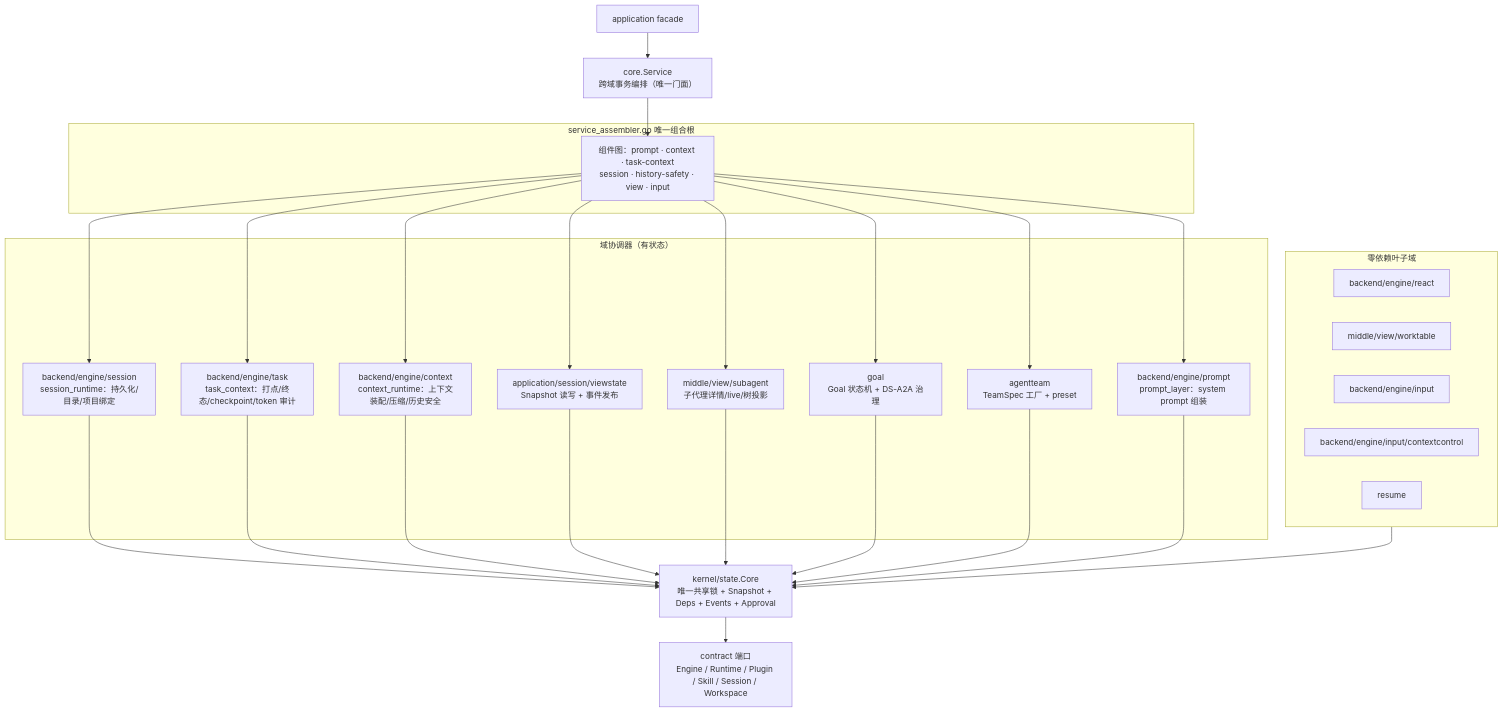
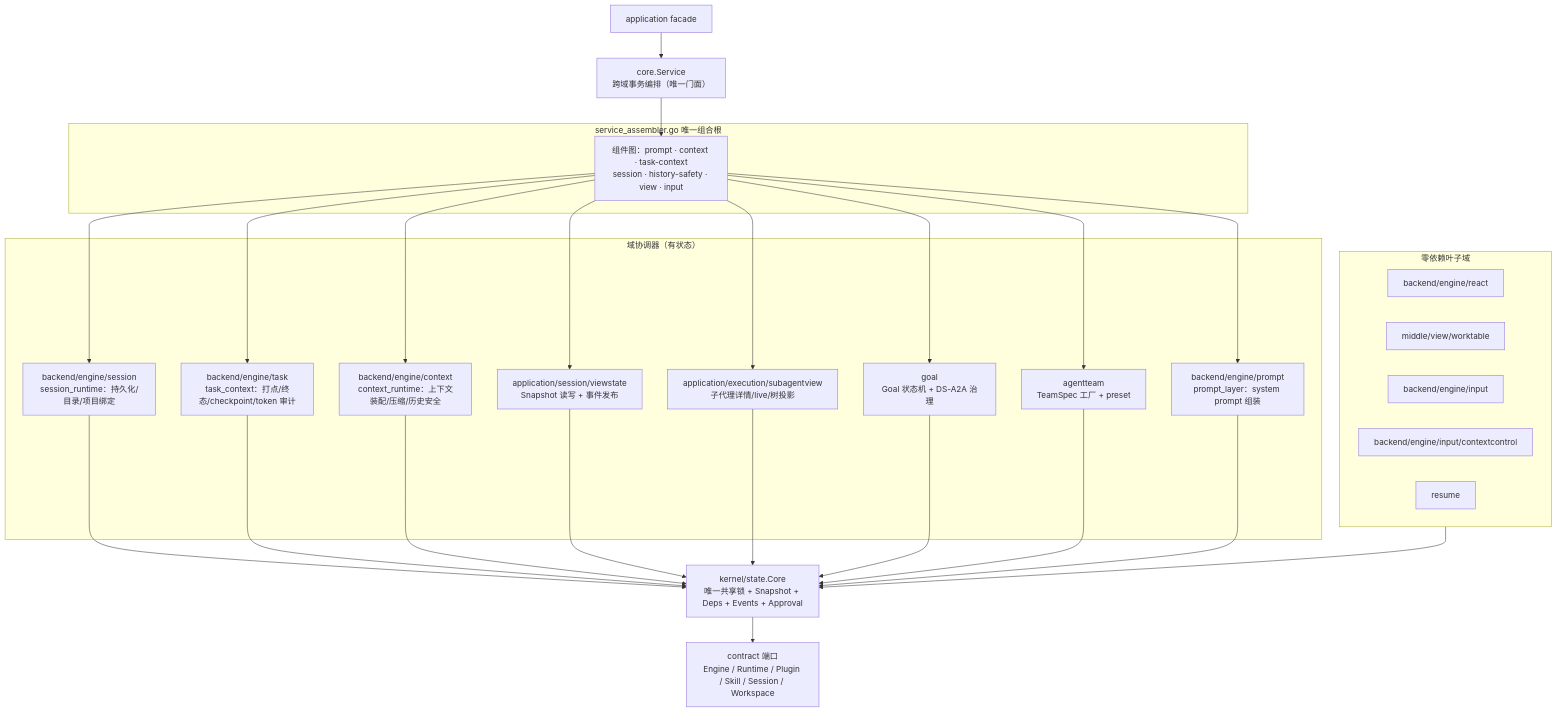
One commit to RedHuang-0622/seelex changed the first of 4 diagrams in application/core/README.md. Above: the diagram before and after it, drawn with Mermaid. The commit also changed other lines of this file and 21 other files, not shown here.

Commit message:
refactor(execution): move subagent view into application

````diff
--- a/application/core/README.md
+++ b/application/core/README.md
@@ -49,51 +49,51 @@
 ```mermaid
 flowchart TB
     FACADE["application facade"] --> SVC["core.Service<br/>跨域事务编排（唯一门面）"]
 
     subgraph ASSEMBLER["service_assembler.go 唯一组合根"]
         COMP["组件图：prompt · context · task-context<br/>session · history-safety · view · input"]
     end
 
     SVC --> COMP
 
     subgraph DOMAIN["域协调器（有状态）"]
         SR["backend/engine/session<br/>session_runtime：持久化/目录/项目绑定"]
         TC["backend/engine/task<br/>task_context：打点/终态/checkpoint/token 审计"]
         CR["backend/engine/context<br/>context_runtime：上下文装配/压缩/历史安全"]
         VS["application/session/viewstate<br/>Snapshot 读写 + 事件发布"]
-        SV["middle/view/subagent<br/>子代理详情/live/树投影"]
+        SV["application/execution/subagentview<br/>子代理详情/live/树投影"]
         GOAL["goal<br/>Goal 状态机 + DS-A2A 治理"]
         TEAM["agentteam<br/>TeamSpec 工厂 + preset"]
         PL["backend/engine/prompt<br/>prompt_layer：system prompt 组装"]
     end
 
     subgraph LEAF["零依赖叶子域"]
         CHAT["backend/engine/react"]
         WT["middle/view/worktable"]
         IR["backend/engine/input"]
         CC["backend/engine/input/contextcontrol"]
         RES["resume"]
     end
 
     ST["kernel/state.Core<br/>唯一共享锁 + Snapshot + Deps + Events + Approval"]
     PORTS["contract 端口<br/>Engine / Runtime / Plugin / Skill / Session / Workspace"]
 
     COMP --> SR
     COMP --> TC
     COMP --> CR
     COMP --> VS
     COMP --> SV
     COMP --> GOAL
     COMP --> TEAM
     COMP --> PL
     SR --> ST
     TC --> ST
     CR --> ST
     VS --> ST
     SV --> ST
     GOAL --> ST
     TEAM --> ST
     PL --> ST
     LEAF --> ST
     ST --> PORTS
 ```
````
